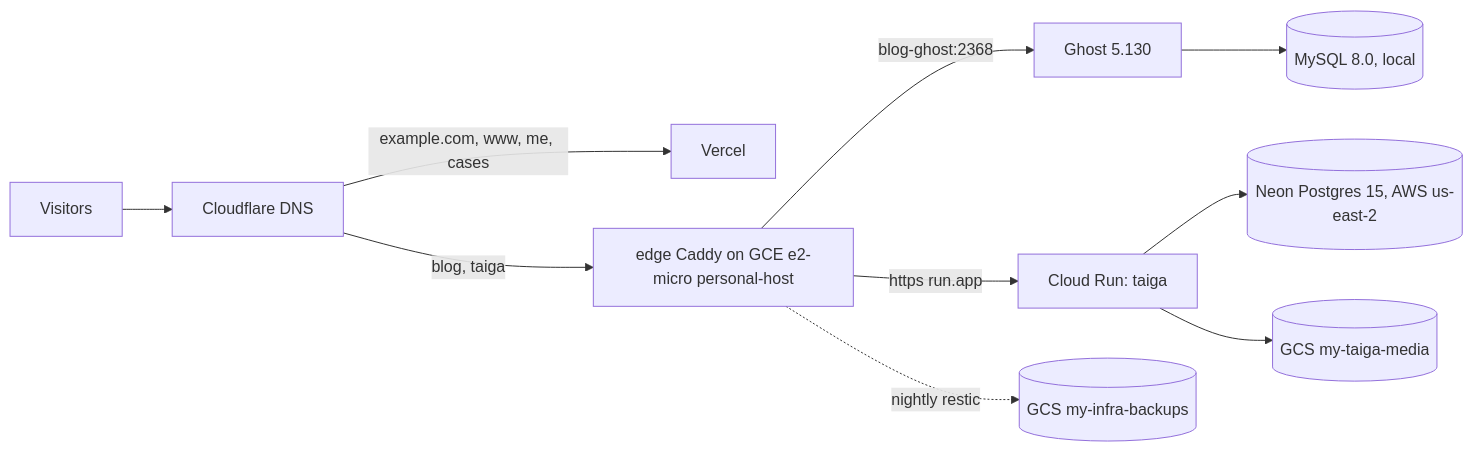
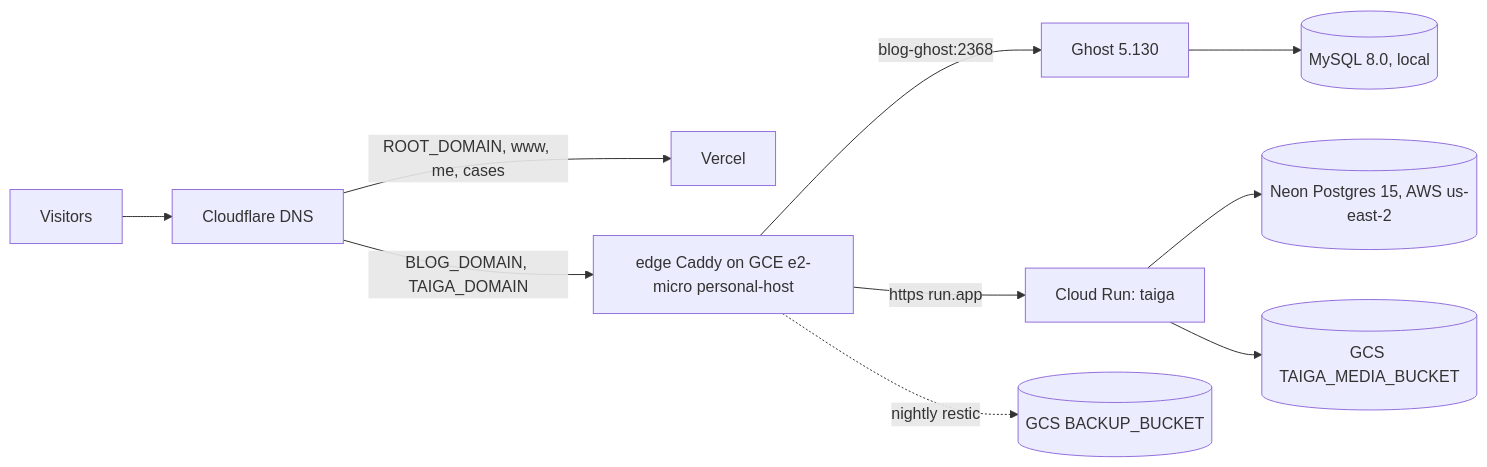
One commit to vitorecomp/personal-infra changed the diagram in documentation/cloud-architecture.md. Above: the diagram before and after it, drawn with Mermaid. The commit also changed other lines of this file and 48 other files, not shown here.

````diff
--- a/documentation/cloud-architecture.md
+++ b/documentation/cloud-architecture.md
@@ -6,12 +8,12 @@
 ```mermaid
 flowchart LR
     U[Visitors] --> CF[Cloudflare DNS]
-    CF -->|example.com, www, me, cases| V[Vercel]
-    CF -->|blog, taiga| E[edge Caddy on GCE e2-micro personal-host]
+    CF -->|"ROOT_DOMAIN, www, me, cases"| V[Vercel]
+    CF -->|"BLOG_DOMAIN, TAIGA_DOMAIN"| E[edge Caddy on GCE e2-micro personal-host]
     E -->|blog-ghost:2368| G[Ghost 5.130]
     G --> M[(MySQL 8.0, local)]
     E -->|https run.app| R[Cloud Run: taiga]
     R --> N[(Neon Postgres 15, AWS us-east-2)]
-    R --> B[(GCS my-taiga-media)]
-    E -.nightly restic.-> K[(GCS my-infra-backups)]
+    R --> B[(GCS TAIGA_MEDIA_BUCKET)]
+    E -.nightly restic.-> K[(GCS BACKUP_BUCKET)]
 ```
````
